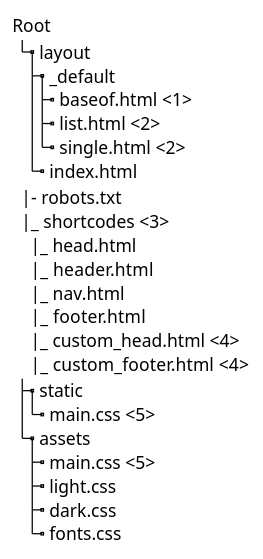
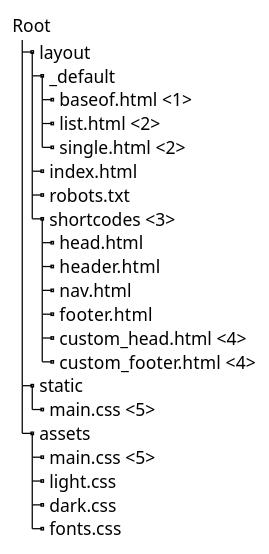
One commit to hybras/hybras.github.io changed the diagram in content/posts/2023-08-02-Creating-A-Hugo-Theme/index.adoc. Above: the diagram before and after it, drawn with PlantUML.

```diff
--- a/content/posts/2023-08-02-Creating-A-Hugo-Theme/index.adoc
+++ b/content/posts/2023-08-02-Creating-A-Hugo-Theme/index.adoc
@@ -45,31 +45,31 @@
 [plantuml, format=svg]
 ----
 skinparam Legend {
 	BackgroundColor transparent
 	BorderColor transparent
 }
 legend
 Root
 |_ layout
   |_ _default
     |_ baseof.html <1>
     |_ list.html <2>
     |_ single.html <2>
   |_ index.html
-  |- robots.txt
+  |_ robots.txt
   |_ shortcodes <3>
     |_ head.html
     |_ header.html
     |_ nav.html
     |_ footer.html
     |_ custom_head.html <4>
     |_ custom_footer.html <4>
 |_ static
   |_ main.css <5>
 |_ assets
   |_ main.css <5>
   |_ light.css
   |_ dark.css
   |_ fonts.css
 end legend
 ----
```
